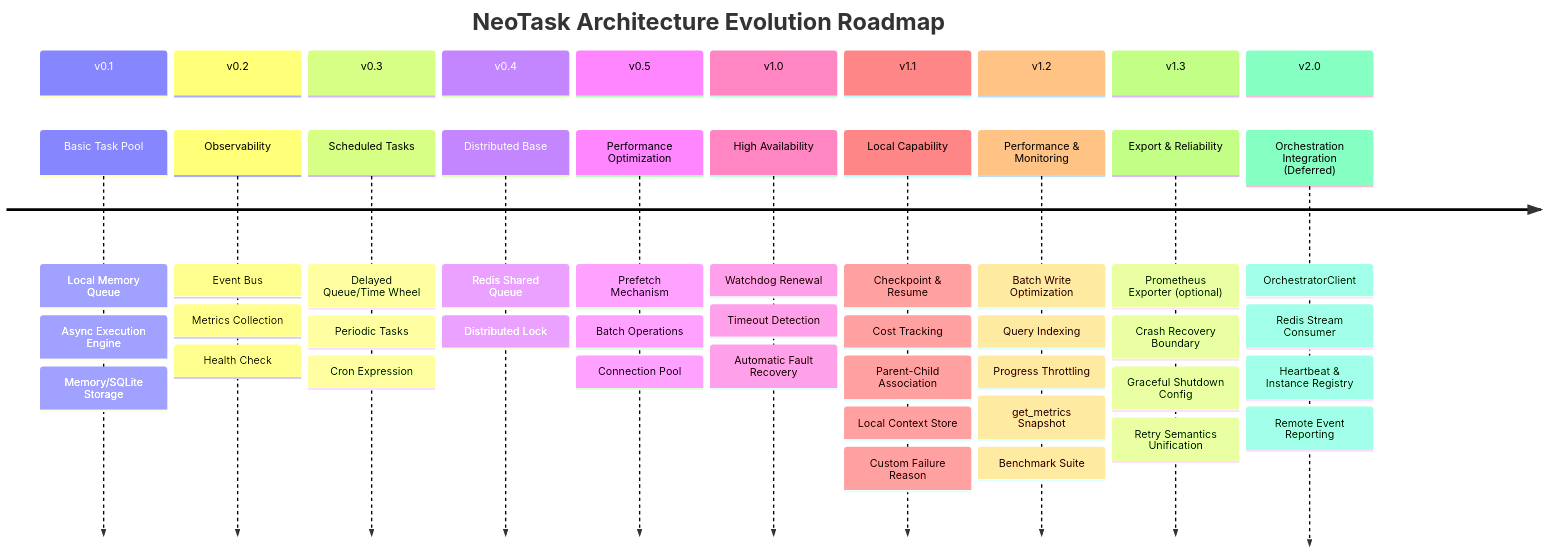
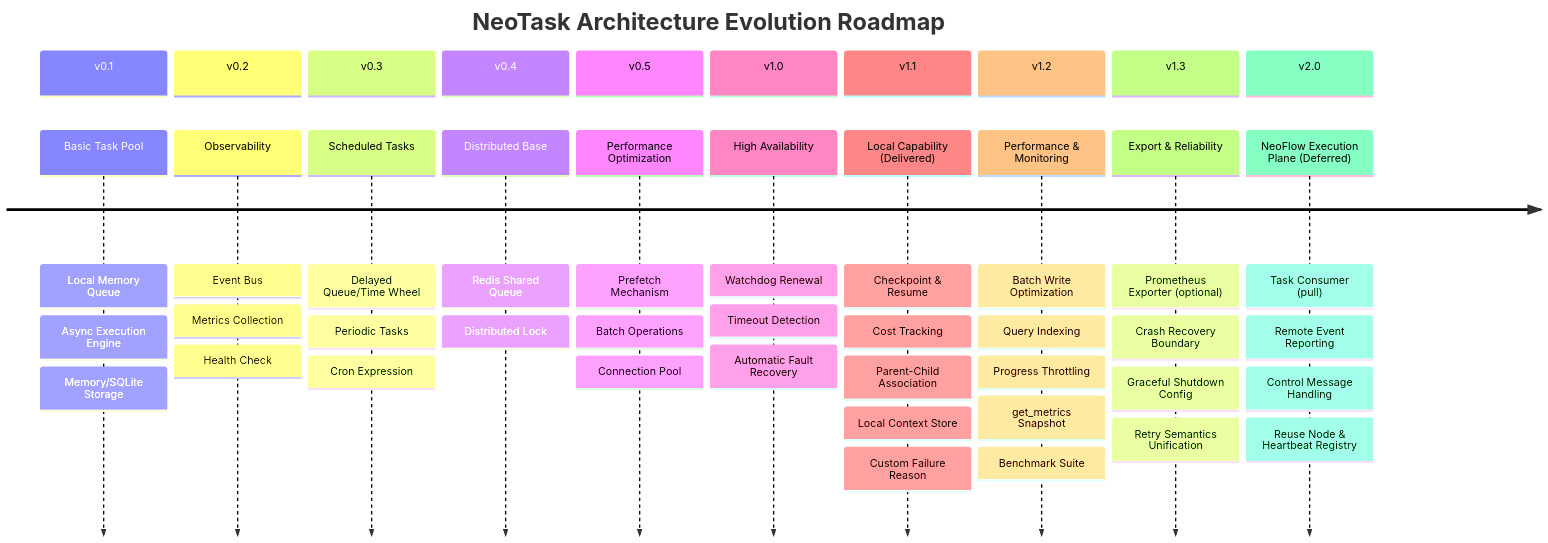
The second of 2 diagrams in README.md (neopen/neotask), drawn with Mermaid before and after one commit. The commit also changed other lines of this file and 1 other file, not shown here.

Commit message:
docs(readme): 双语路线图与架构图同步 v1.1 已交付与执行面定位
FR:
- README.md / README_zh.md 路线图图注改为控制面/执行面定位，并链接执行面契约页
- 时间线 v1.1 标记为已交付；v2.0 段由 OrchestratorClient 改为任务拉取、
  远程事件上报、控制消息处理与复用节点/心跳
- 架构图补齐 v1.1 组件 CheckpointRepository / CostRecorder / MemoryContextStore；
  中文图由「规划」改为「已交付」，并修正上下文存储错误连到 SQLite/Redis 的边

AC:
- 中英文 README 的路线图与架构图表述一致，mermaid 块结构完整
- 新增相对链接 docs/neotask-execution-contract.md 指向已提交的契约文件

````diff
--- a/README.md
+++ b/README.md
@@ -150,59 +165,59 @@
 ```mermaid
 timeline
     title NeoTask Architecture Evolution Roadmap
 
     section v0.1
         Basic Task Pool : Local Memory Queue
                         : Async Execution Engine
                         : Memory/SQLite Storage
 
     section v0.2
         Observability : Event Bus
                       : Metrics Collection
                       : Health Check
 
     section v0.3
         Scheduled Tasks : Delayed Queue/Time Wheel
                         : Periodic Tasks
                         : Cron Expression
 
     section v0.4
         Distributed Base : Redis Shared Queue
                          : Distributed Lock
 
     section v0.5
         Performance Optimization : Prefetch Mechanism
                                 : Batch Operations
                                 : Connection Pool
 
     section v1.0
         High Availability : Watchdog Renewal
                           : Timeout Detection
                           : Automatic Fault Recovery
 
     section v1.1
-        Local Capability : Checkpoint & Resume
-                        : Cost Tracking
-                        : Parent-Child Association
-                        : Local Context Store
-                        : Custom Failure Reason
+        Local Capability (Delivered) : Checkpoint & Resume
+                                     : Cost Tracking
+                                     : Parent-Child Association
+                                     : Local Context Store
+                                     : Custom Failure Reason
 
     section v1.2
         Performance & Monitoring : Batch Write Optimization
                                 : Query Indexing
                                 : Progress Throttling
                                 : get_metrics Snapshot
                                 : Benchmark Suite
 
     section v1.3
         Export & Reliability : Prometheus Exporter (optional)
                             : Crash Recovery Boundary
                             : Graceful Shutdown Config
                             : Retry Semantics Unification
 
     section v2.0
-        Orchestration Integration (Deferred) : OrchestratorClient
-                                            : Redis Stream Consumer
-                                            : Heartbeat & Instance Registry
-                                            : Remote Event Reporting
+        NeoFlow Execution Plane (Deferred) : Task Consumer (pull)
+                                          : Remote Event Reporting
+                                          : Control Message Handling
+                                          : Reuse Node & Heartbeat Registry
 ```
````
